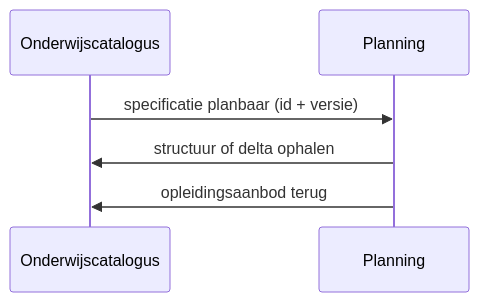
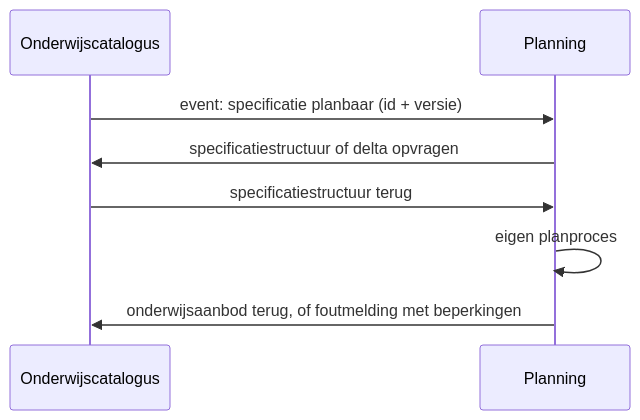
One commit to Npuls-OKx/meta changed the second of 2 diagrams in presentaties/260819_kerngroep_techniek.md. Above: the diagram before and after it, drawn with Mermaid. The commit also changed other lines of this file, not shown here.

Commit message:
Voorbeeld: sequentiediagram volledig, story groen, schema blauw
Het diagram volgt nu de vijf stappen: event, opvragen, structuur terug,
eigen planproces, en onderwijsaanbod of foutmelding met beperkingen.

Claude-Session: https://claude.ai/code/session_01NZet75nkjDbtTTY4dGxZqM

````diff
--- a/presentaties/260819_kerngroep_techniek.md
+++ b/presentaties/260819_kerngroep_techniek.md
@@ -414,8 +414,10 @@
 ```mermaid
 sequenceDiagram
   participant OC as Onderwijscatalogus
   participant P as Planning
-  OC->>P: specificatie planbaar (id + versie)
-  P->>OC: structuur of delta ophalen
-  P->>OC: opleidingsaanbod terug
+  OC->>P: event: specificatie planbaar (id + versie)
+  P->>OC: specificatiestructuur of delta opvragen
+  OC->>P: specificatiestructuur terug
+  P->>P: eigen planproces
+  P->>OC: onderwijsaanbod terug, of foutmelding met beperkingen
 ```
````
